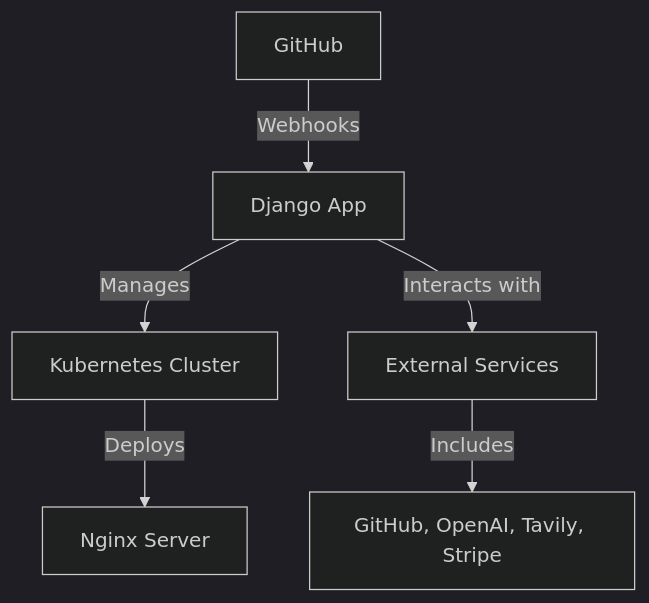
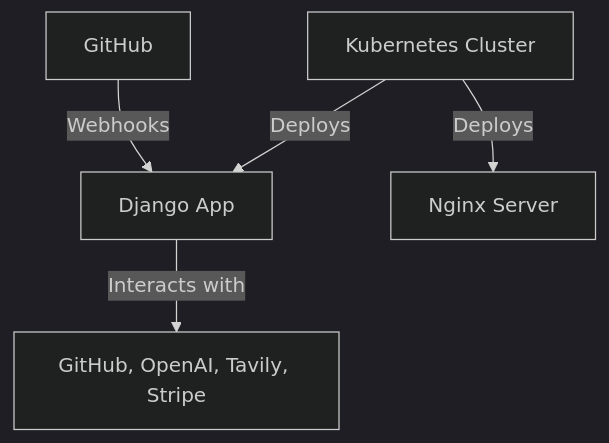
The diagram in docs/code/architecture.md (StarwarsUniverse89/pr-pilot), drawn with Mermaid (dark theme) before and after one commit. The commit also changed other lines of this file, not shown here.

Commit message:
Fix architecture diagram

````diff
--- a/docs/code/architecture.md
+++ b/docs/code/architecture.md
@@ -7,8 +7,7 @@
 ```mermaid
 graph TD
-    A[GitHub] -->|Webhooks| B[Django App]
-    B -->|Manages| C[Kubernetes Cluster]
-    C -->|Deploys| D[Nginx Server]
-    B -->|Interacts with| E[External Services]
-    E -->|Includes| F[GitHub, OpenAI, Tavily, Stripe]
+    A[GitHub] -->|Webhooks| B[Django App]    
+    C[Kubernetes Cluster] -->|Deploys| D[Nginx Server]
+    C -->|Deploys| B
+    B -->|Interacts with| E[GitHub, OpenAI, Tavily, Stripe]
 ```
````
